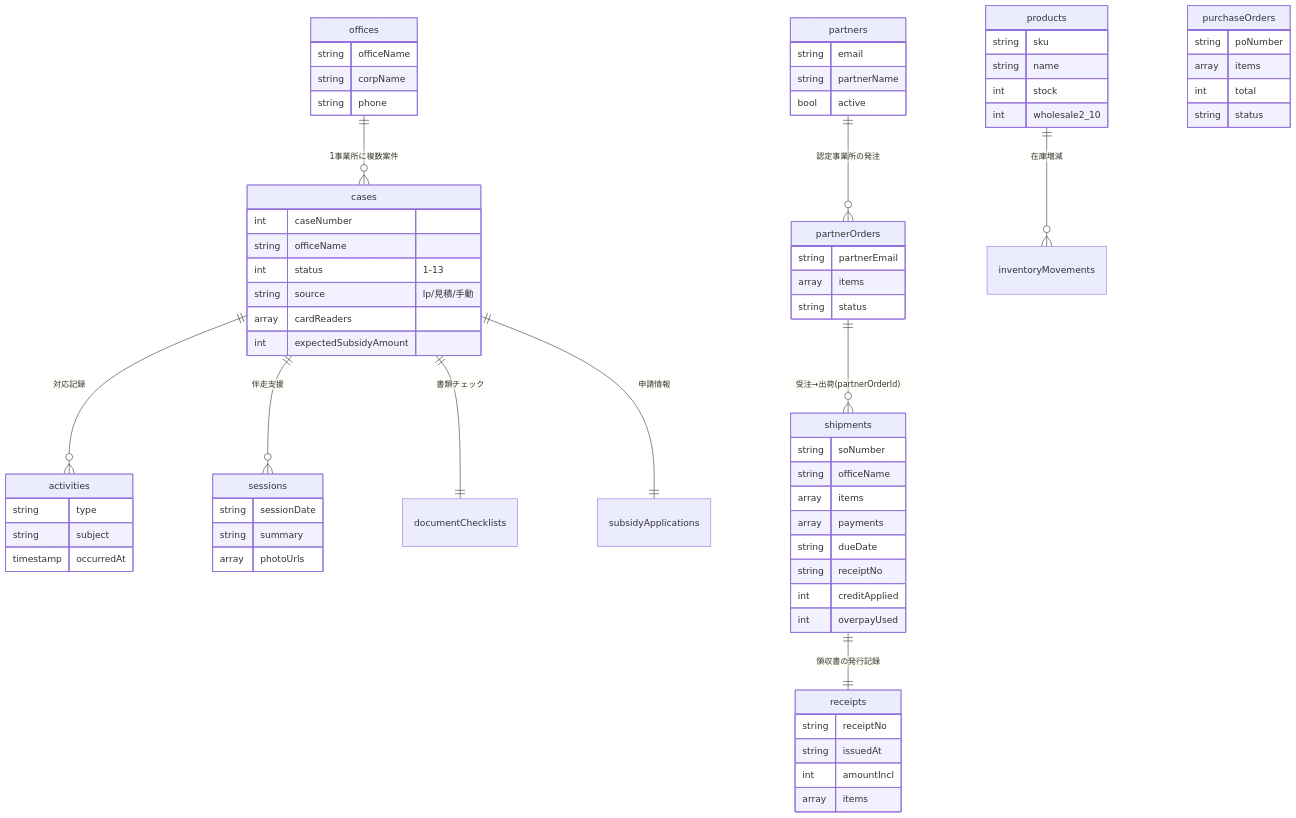
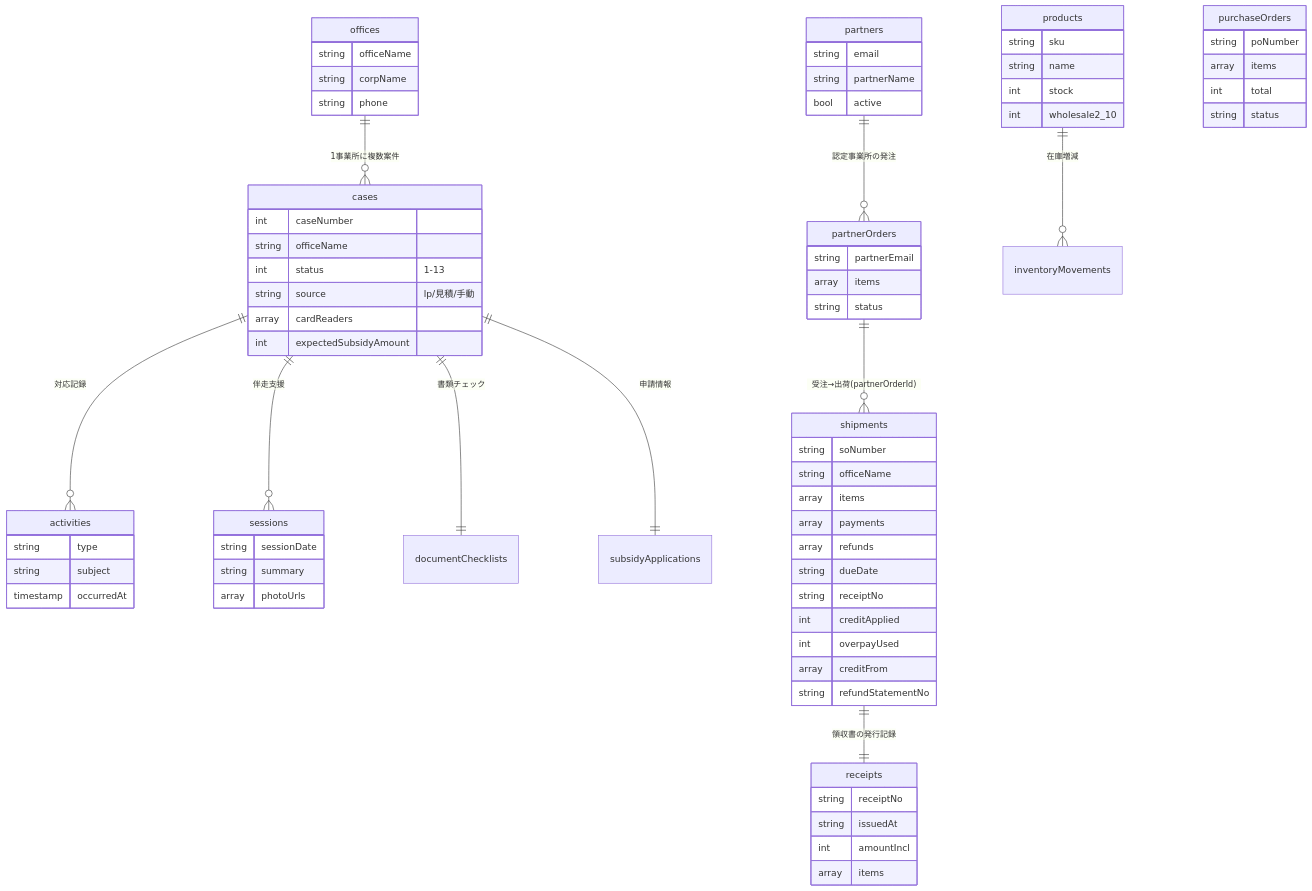
One commit to npo-tadakayo/kjk-tadakayo changed the fifth of 6 diagrams in ENGINEERING_NOTES.md. Above: the diagram before and after it, drawn with Mermaid. The commit also changed other lines of this file and 8 other files, not shown here.

````diff
--- a/ENGINEERING_NOTES.md
+++ b/ENGINEERING_NOTES.md
@@ -339,29 +340,29 @@
 ```mermaid
 erDiagram
   offices ||--o{ cases : "1事業所に複数案件"
   cases ||--o{ activities : "対応記録"
   cases ||--o{ sessions : "伴走支援"
   cases ||--|| documentChecklists : "書類チェック"
   cases ||--|| subsidyApplications : "申請情報"
   partners ||--o{ partnerOrders : "認定事業所の発注"
   products ||--o{ inventoryMovements : "在庫増減"
   partnerOrders ||--o{ shipments : "受注→出荷(partnerOrderId)"
   shipments ||--|| receipts : "領収書の発行記録"
   cases {
     int caseNumber
     string officeName
     int status "1-13"
     string source "lp/見積/手動"
     array cardReaders
     int expectedSubsidyAmount
   }
   offices { string officeName string corpName string phone }
   activities { string type string subject timestamp occurredAt }
   sessions { string sessionDate string summary array photoUrls }
   products { string sku string name int stock int wholesale2_10 }
   purchaseOrders { string poNumber array items int total string status }
-  shipments { string soNumber string officeName array items array payments string dueDate string receiptNo int creditApplied int overpayUsed }
+  shipments { string soNumber string officeName array items array payments array refunds string dueDate string receiptNo int creditApplied int overpayUsed array creditFrom string refundStatementNo }
   partners { string email string partnerName bool active }
   partnerOrders { string partnerEmail array items string status }
   receipts { string receiptNo string issuedAt int amountIncl array items }
 ```
````
